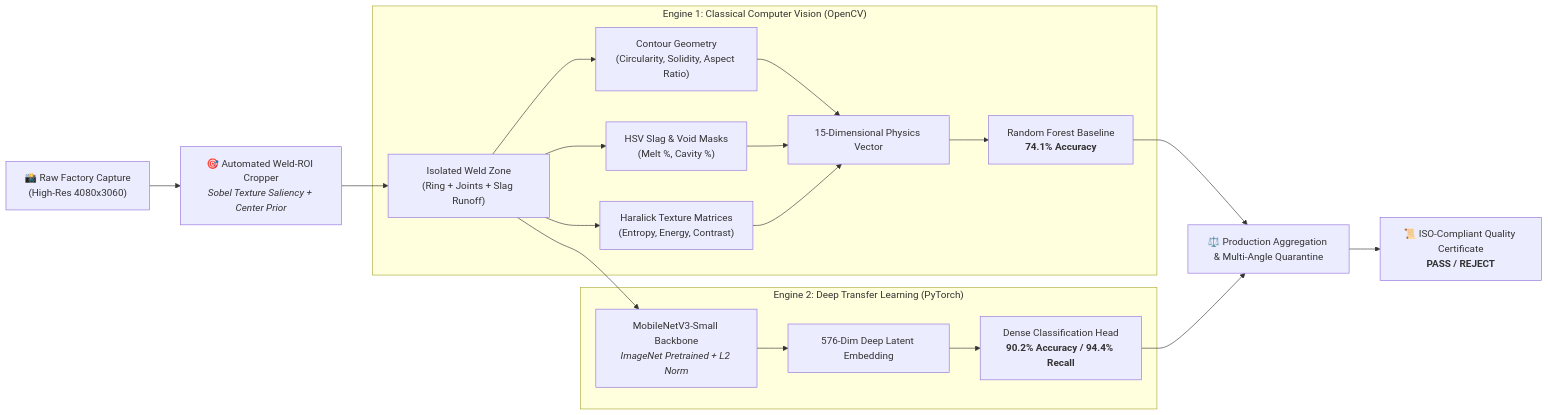
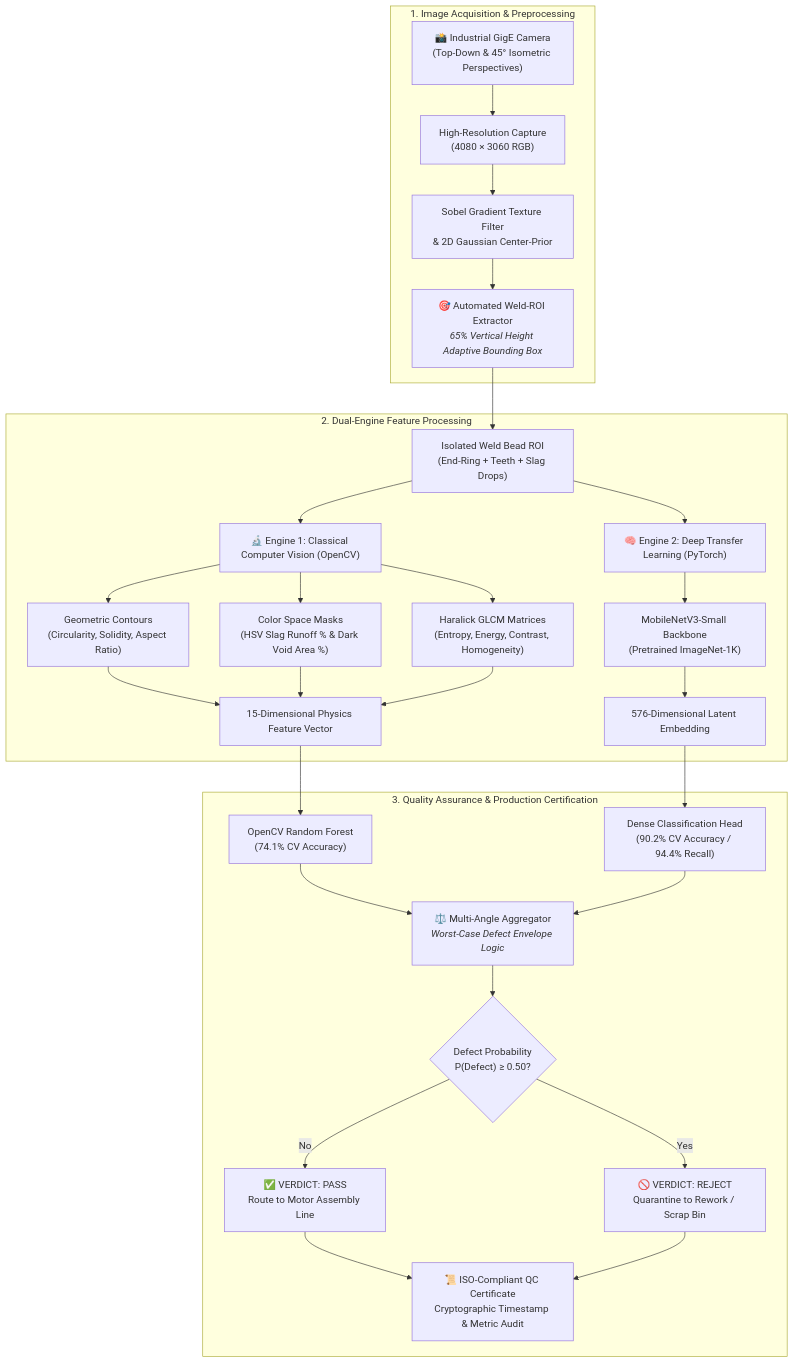
One commit to Shakthikumar01/rotor-weld-inspection changed the diagram in README.md. Above: the diagram before and after it, drawn with Mermaid. The commit also changed other lines of this file, not shown here.

Commit message:
docs: upgrade README to enterprise industrial quality inspection standard

````diff
--- a/README.md
+++ b/README.md
@@ -92,22 +81,33 @@
 ```mermaid
-flowchart LR
-    Raw["📸 Raw Factory Capture<br>(High-Res 4080x3060)"] --> CropEngine["🎯 Automated Weld-ROI Cropper<br><i>Sobel Texture Saliency + Center Prior</i>"]
-    CropEngine --> IsolatedROI["Isolated Weld Zone<br>(Ring + Joints + Slag Runoff)"]
-
-    subgraph ClassicalEngine ["Engine 1: Classical Computer Vision (OpenCV)"]
-        IsolatedROI --> Contours["Contour Geometry<br>(Circularity, Solidity, Aspect Ratio)"]
-        IsolatedROI --> SegMasks["HSV Slag & Void Masks<br>(Melt %, Cavity %)"]
-        IsolatedROI --> GLCM["Haralick Texture Matrices<br>(Entropy, Energy, Contrast)"]
-        Contours & SegMasks & GLCM --> CVFeatures["15-Dimensional Physics Vector"]
-        CVFeatures --> RFClassifier["Random Forest Baseline<br><b>74.1% Accuracy</b>"]
+flowchart TD
+    subgraph Ingestion ["1. Image Acquisition & Preprocessing"]
+        Cam["📸 Industrial GigE Camera<br>(Top-Down & 45° Isometric Perspectives)"] --> Raw["High-Resolution Capture<br>(4080 × 3060 RGB)"]
+        Raw --> Saliency["Sobel Gradient Texture Filter<br>& 2D Gaussian Center-Prior"]
+        Saliency --> Crop["🎯 Automated Weld-ROI Extractor<br><i>65% Vertical Height Adaptive Bounding Box</i>"]
     end
 
-    subgraph DeepEngine ["Engine 2: Deep Transfer Learning (PyTorch)"]
-        IsolatedROI --> MobileNet["MobileNetV3-Small Backbone<br><i>ImageNet Pretrained + L2 Norm</i>"]
-        MobileNet --> LatentSpace["576-Dim Deep Latent Embedding"]
-        LatentSpace --> DeepHead["Dense Classification Head<br><b>90.2% Accuracy / 94.4% Recall</b>"]
+    subgraph DualEngine ["2. Dual-Engine Feature Processing"]
+        Crop --> ROI["Isolated Weld Bead ROI<br>(End-Ring + Teeth + Slag Drops)"]
+        
+        ROI --> Engine1["🔬 Engine 1: Classical Computer Vision (OpenCV)"]
+        Engine1 --> Morph["Geometric Contours<br>(Circularity, Solidity, Aspect Ratio)"]
+        Engine1 --> Masks["Color Space Masks<br>(HSV Slag Runoff % & Dark Void Area %)"]
+        Engine1 --> Texture["Haralick GLCM Matrices<br>(Entropy, Energy, Contrast, Homogeneity)"]
+        Morph & Masks & Texture --> Vector15["15-Dimensional Physics Feature Vector"]
+        
+        ROI --> Engine2["🧠 Engine 2: Deep Transfer Learning (PyTorch)"]
+        Engine2 --> MobileNet["MobileNetV3-Small Backbone<br>(Pretrained ImageNet-1K)"]
+        MobileNet --> Latent["576-Dimensional Latent Embedding"]
     end
 
-    RFClassifier & DeepHead --> QCLogic["⚖️ Production Aggregation & Multi-Angle Quarantine"]
-    QCLogic --> Certificate["📜 ISO-Compliant Quality Certificate<br><b>PASS / REJECT</b>"]
+    subgraph DecisionLayer ["3. Quality Assurance & Production Certification"]
+        Vector15 --> RF["OpenCV Random Forest<br>(74.1% CV Accuracy)"]
+        Latent --> DeepHead["Dense Classification Head<br>(90.2% CV Accuracy / 94.4% Recall)"]
+        
+        RF & DeepHead --> MultiView["⚖️ Multi-Angle Aggregator<br><i>Worst-Case Defect Envelope Logic</i>"]
+        MultiView --> Verdict{"Defect Probability<br>P(Defect) ≥ 0.50?"}
+        Verdict -->|No| Pass["✅ VERDICT: PASS<br>Route to Motor Assembly Line"]
+        Verdict -->|Yes| Reject["🚫 VERDICT: REJECT<br>Quarantine to Rework / Scrap Bin"]
+        Pass & Reject --> Cert["📜 ISO-Compliant QC Certificate<br>Cryptographic Timestamp & Metric Audit"]
+    end
 ```
````
